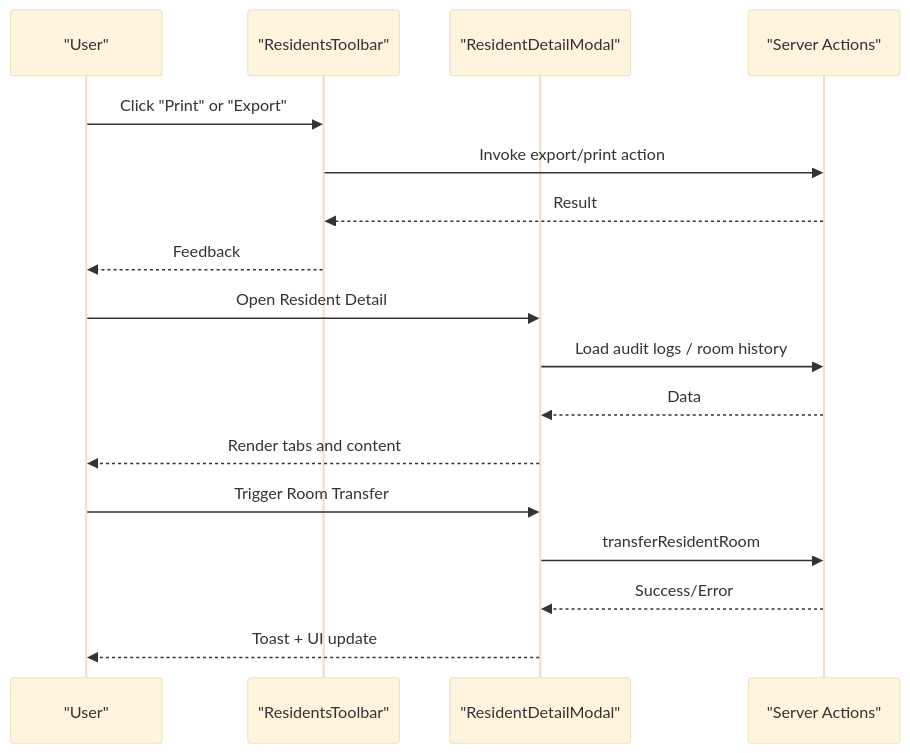
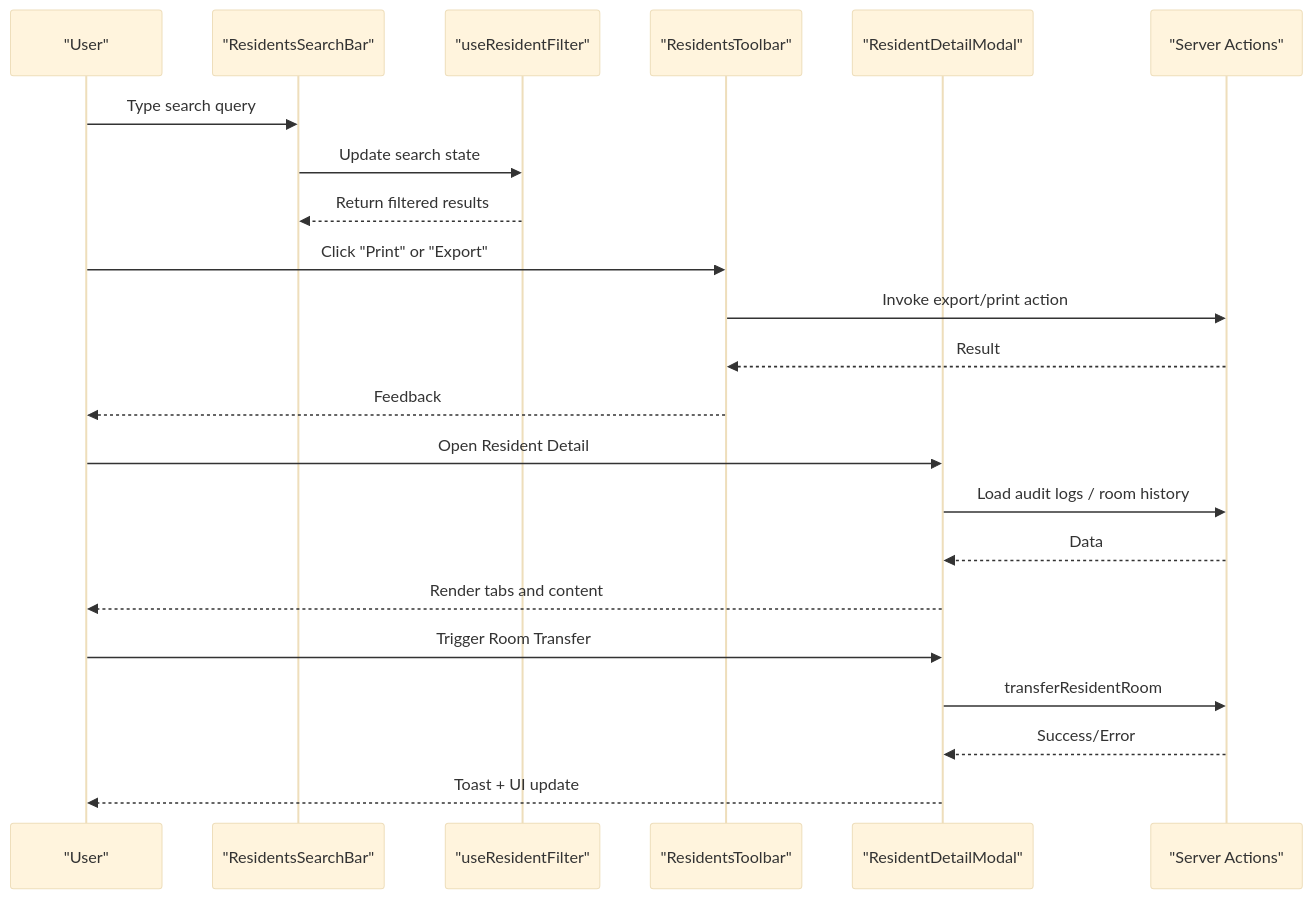
Before and after one commit to bazs69/ApsAsrama: the second of 6 diagrams in .qoder/repowiki/en/content/UI Components & Dashboard/Data Display Components.md, drawn with Mermaid (base theme). The commit also changed other lines of this file and 34 other files, not shown here.

````diff
--- a/.qoder/repowiki/en/content/UI Components & Dashboard/Data Display Components.md
+++ b/.qoder/repowiki/en/content/UI Components & Dashboard/Data Display Components.md
@@ -119,19 +135,24 @@
 ```mermaid
 sequenceDiagram
 participant User as "User"
+participant SearchBar as "ResidentsSearchBar"
+participant FilterHook as "useResidentFilter"
 participant Toolbar as "ResidentsToolbar"
 participant Modal as "ResidentDetailModal"
 participant Actions as "Server Actions"
+User->>SearchBar : Type search query
+SearchBar->>FilterHook : Update search state
+FilterHook-->>SearchBar : Return filtered results
 User->>Toolbar : Click "Print" or "Export"
 Toolbar->>Actions : Invoke export/print action
 Actions-->>Toolbar : Result
 Toolbar-->>User : Feedback
 User->>Modal : Open Resident Detail
 Modal->>Actions : Load audit logs / room history
 Actions-->>Modal : Data
 Modal-->>User : Render tabs and content
 User->>Modal : Trigger Room Transfer
 Modal->>Actions : transferResidentRoom
 Actions-->>Modal : Success/Error
 Modal-->>User : Toast + UI update
 ```
````
